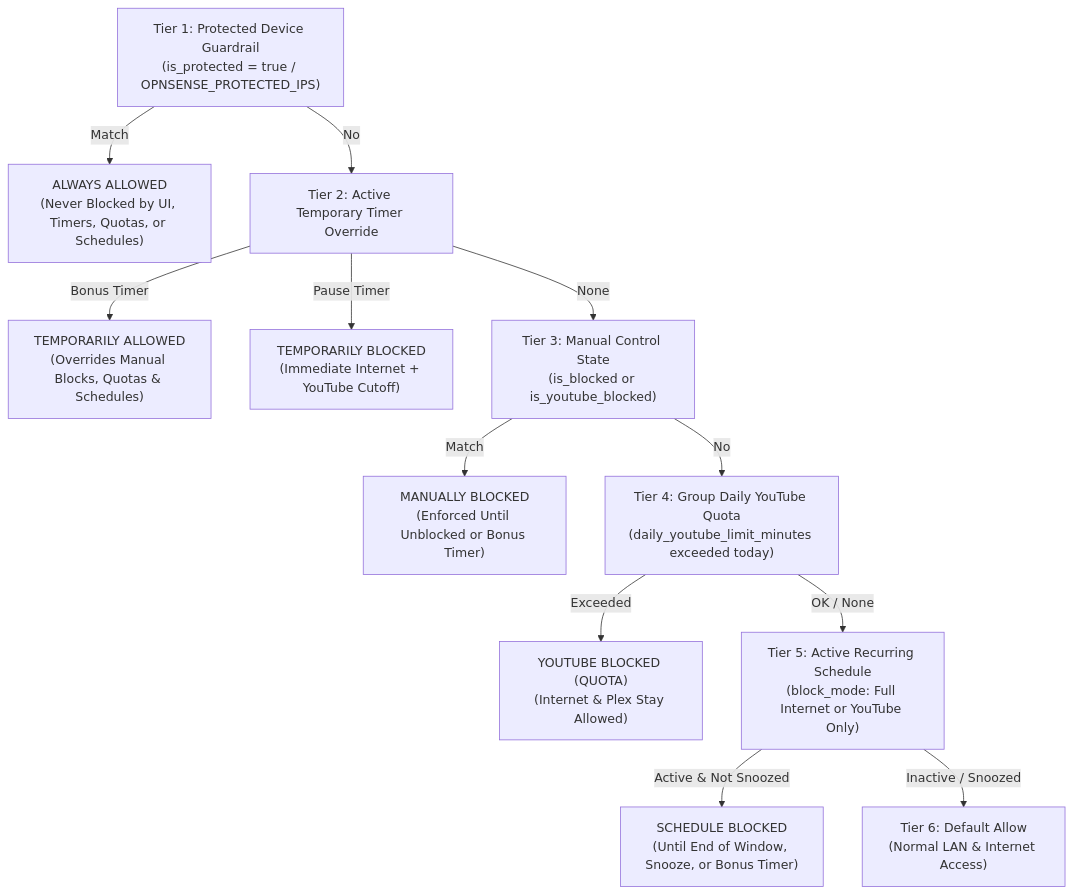
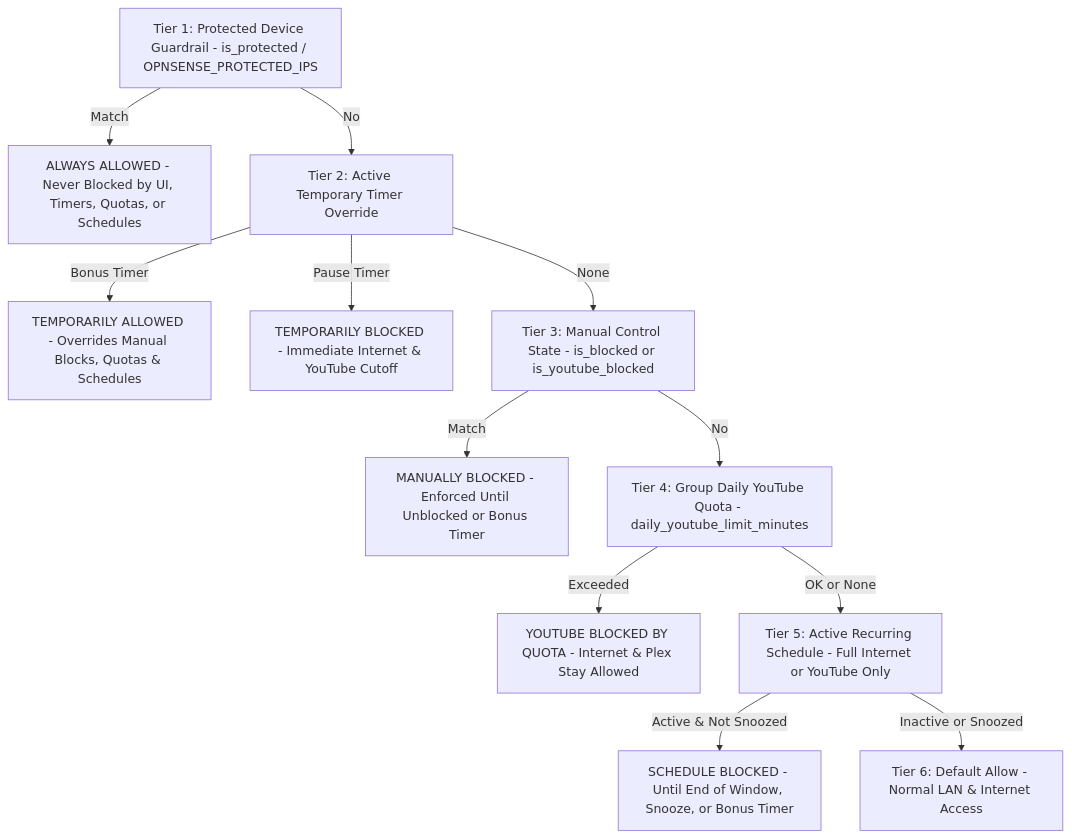
One commit to cpavlas/gateway-front-end changed the second of 2 diagrams in docs/wiki/Home.md. Above: the diagram before and after it, drawn with Mermaid. The commit also changed other lines of this file and 1 other file, not shown here.

Commit message:
docs: quote labels and remove HTML breaks in README and Wiki Mermaid diagrams

````diff
--- a/docs/wiki/Home.md
+++ b/docs/wiki/Home.md
@@ -62,14 +62,14 @@
 ```mermaid
 flowchart TD
-    T1["Tier 1: Protected Device Guardrail<br/>(is_protected = true / OPNSENSE_PROTECTED_IPS)"] -->|Match| R1["ALWAYS ALLOWED<br/>(Never Blocked by UI, Timers, Quotas, or Schedules)"]
-    T1 -->|No| T2["Tier 2: Active Temporary Timer Override"]
-    T2 -->|Bonus Timer| R2B["TEMPORARILY ALLOWED<br/>(Overrides Manual Blocks, Quotas & Schedules)"]
-    T2 -->|Pause Timer| R2P["TEMPORARILY BLOCKED<br/>(Immediate Internet + YouTube Cutoff)"]
-    T2 -->|None| T3["Tier 3: Manual Control State<br/>(is_blocked or is_youtube_blocked)"]
-    T3 -->|Match| R3["MANUALLY BLOCKED<br/>(Enforced Until Unblocked or Bonus Timer)"]
-    T3 -->|No| T4["Tier 4: Group Daily YouTube Quota<br/>(daily_youtube_limit_minutes exceeded today)"]
-    T4 -->|Exceeded| R4["YOUTUBE BLOCKED (QUOTA)<br/>(Internet & Plex Stay Allowed)"]
-    T4 -->|OK / None| T5["Tier 5: Active Recurring Schedule<br/>(block_mode: Full Internet or YouTube Only)"]
-    T5 -->|Active & Not Snoozed| R5["SCHEDULE BLOCKED<br/>(Until End of Window, Snooze, or Bonus Timer)"]
-    T5 -->|Inactive / Snoozed| R6["Tier 6: Default Allow<br/>(Normal LAN & Internet Access)"]
+    T1["Tier 1: Protected Device Guardrail - is_protected / OPNSENSE_PROTECTED_IPS"] -->|"Match"| R1["ALWAYS ALLOWED - Never Blocked by UI, Timers, Quotas, or Schedules"]
+    T1 -->|"No"| T2["Tier 2: Active Temporary Timer Override"]
+    T2 -->|"Bonus Timer"| R2B["TEMPORARILY ALLOWED - Overrides Manual Blocks, Quotas & Schedules"]
+    T2 -->|"Pause Timer"| R2P["TEMPORARILY BLOCKED - Immediate Internet & YouTube Cutoff"]
+    T2 -->|"None"| T3["Tier 3: Manual Control State - is_blocked or is_youtube_blocked"]
+    T3 -->|"Match"| R3["MANUALLY BLOCKED - Enforced Until Unblocked or Bonus Timer"]
+    T3 -->|"No"| T4["Tier 4: Group Daily YouTube Quota - daily_youtube_limit_minutes"]
+    T4 -->|"Exceeded"| R4["YOUTUBE BLOCKED BY QUOTA - Internet & Plex Stay Allowed"]
+    T4 -->|"OK or None"| T5["Tier 5: Active Recurring Schedule - Full Internet or YouTube Only"]
+    T5 -->|"Active & Not Snoozed"| R5["SCHEDULE BLOCKED - Until End of Window, Snooze, or Bonus Timer"]
+    T5 -->|"Inactive or Snoozed"| R6["Tier 6: Default Allow - Normal LAN & Internet Access"]
 ```
````
